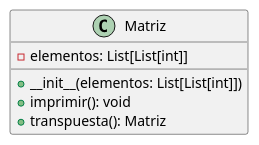
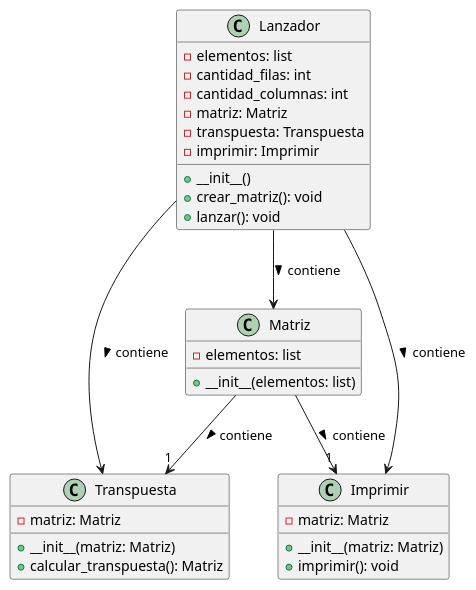
One commit to Jorgediamanto/principios-solid changed the diagram in PlantUML/EJERCICIO1.puml. Above: the diagram before and after it, drawn with PlantUML. The commit also changed 1 other file, not shown here.

```diff
--- a/PlantUML/EJERCICIO1.puml
+++ b/PlantUML/EJERCICIO1.puml
@@ -1,8 +1,36 @@
 @startuml
 class Matriz {
-  - elementos: List[List[int]]
-  + __init__(elementos: List[List[int]])
+  - elementos: list
+  + __init__(elementos: list)
+}
+
+class Transpuesta {
+  - matriz: Matriz
+  + __init__(matriz: Matriz)
+  + calcular_transpuesta(): Matriz
+}
+
+class Imprimir {
+  - matriz: Matriz
+  + __init__(matriz: Matriz)
   + imprimir(): void
-  + transpuesta(): Matriz
 }
+
+class Lanzador {
+  - elementos: list
+  - cantidad_filas: int
+  - cantidad_columnas: int
+  - matriz: Matriz
+  - transpuesta: Transpuesta
+  - imprimir: Imprimir
+  + __init__()
+  + crear_matriz(): void
+  + lanzar(): void
+}
+
+Matriz --> "1" Transpuesta : contiene >
+Matriz --> "1" Imprimir : contiene >
+Lanzador --> Matriz : contiene >
+Lanzador --> Transpuesta : contiene >
+Lanzador --> Imprimir : contiene >
 @enduml
```
